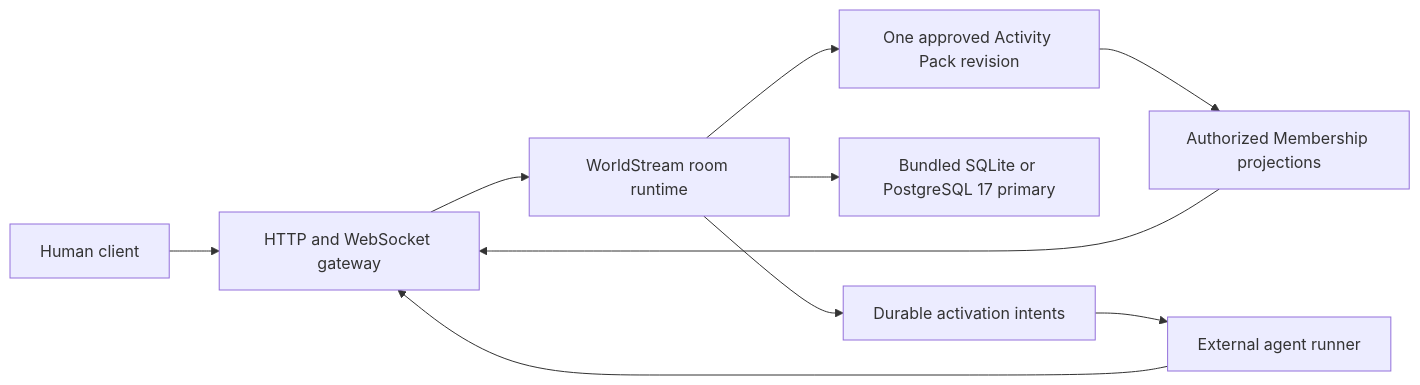
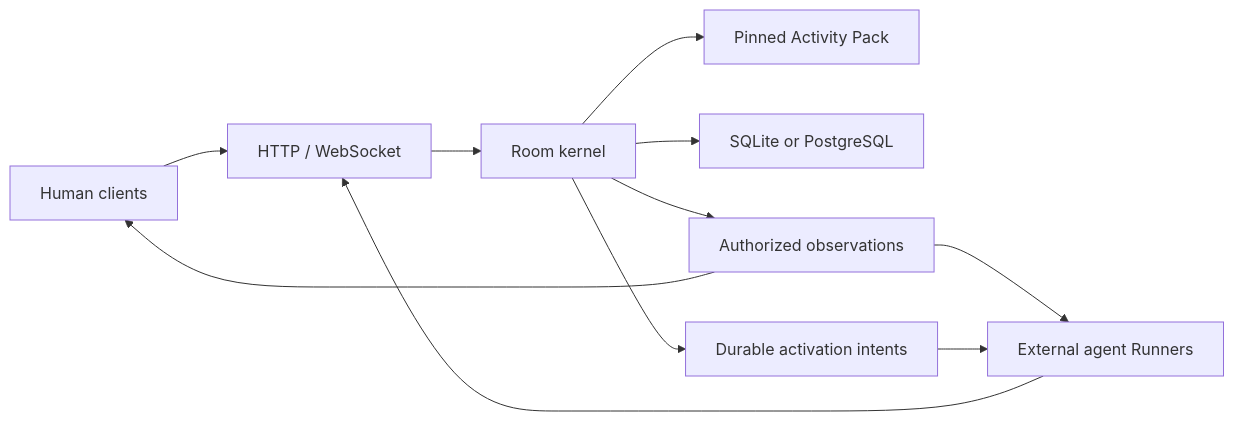
Before and after one commit to imom39a/worldstream: the diagram in README.md, drawn with Mermaid. The commit also changed other lines of this file and 1758 other files, not shown here.

Commit message:
Preserve the WorldStream kernel and examples; retire hosted experiments

````diff
--- a/README.md
+++ b/README.md
@@ -17,12 +21,13 @@
-~~~mermaid
+```mermaid
 flowchart LR
-    H["Human client"] --> G["HTTP and WebSocket gateway"]
-    R["External agent runner"] --> G
-    G --> W["WorldStream room runtime"]
-    W --> P["One approved Activity Pack revision"]
-    W --> D["Bundled SQLite or PostgreSQL 17 primary"]
-    P --> O["Authorized Membership projections"]
-    O --> G
-    W --> A["Durable activation intents"]
+    C[Human clients] --> G[HTTP / WebSocket]
+    R[External agent Runners] --> G
+    G --> K[Room kernel]
+    K --> P[Pinned Activity Pack]
+    K --> S[SQLite or PostgreSQL]
+    K --> O[Authorized observations]
+    O --> C
+    O --> R
+    K --> A[Durable activation intents]
     A --> R
-~~~
+```
````
